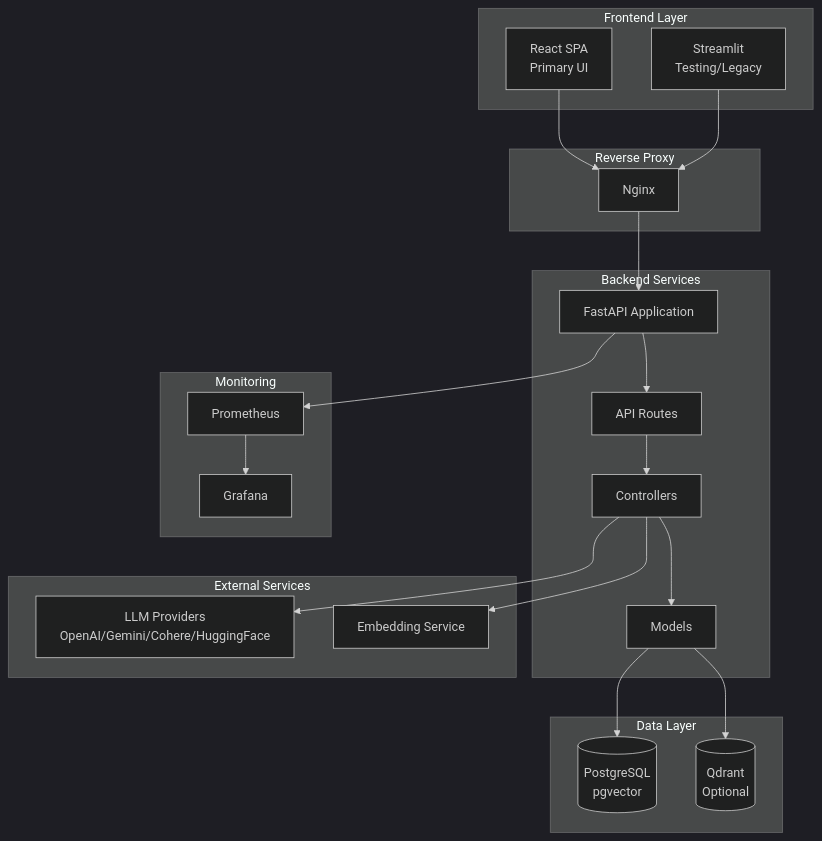
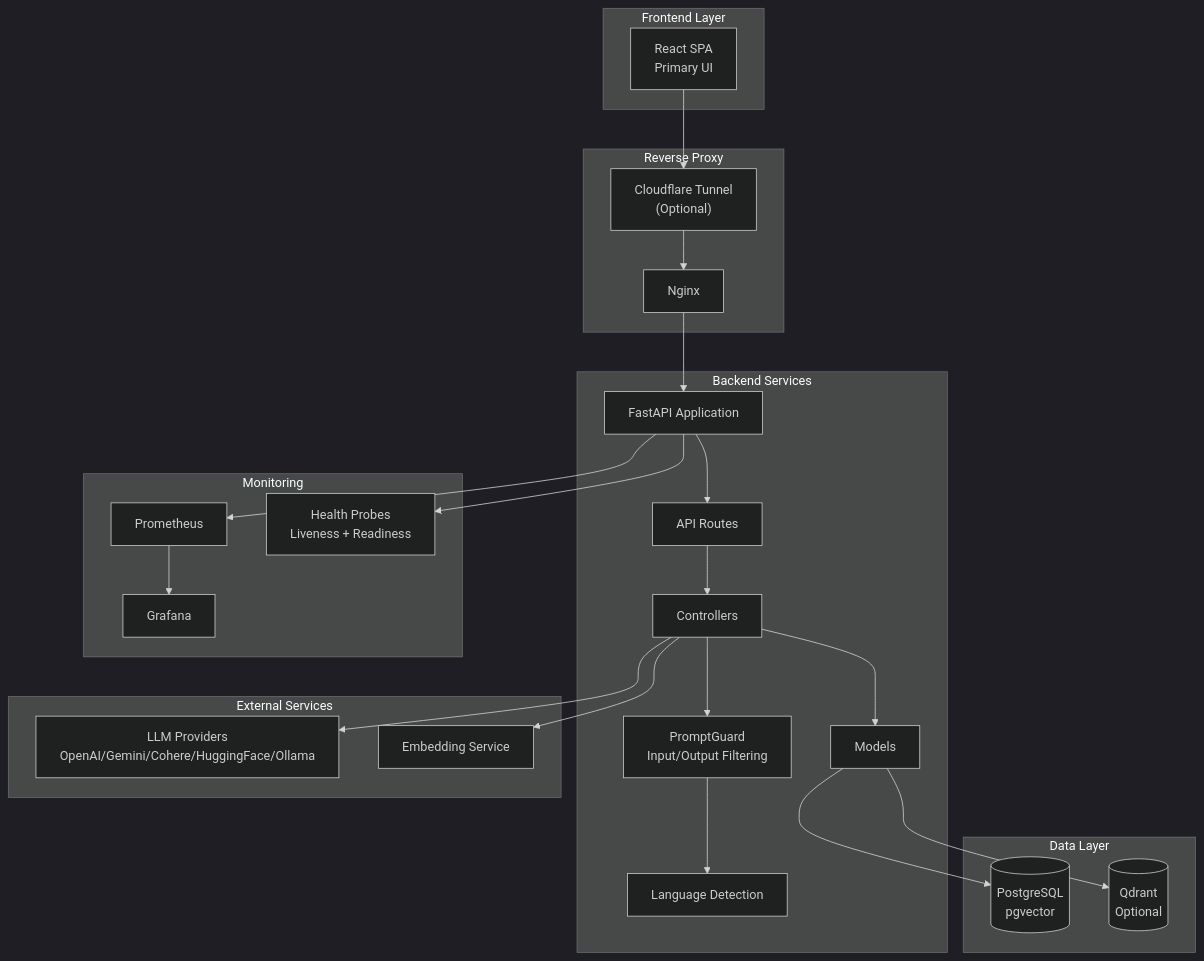
One commit to mohamedfathi540/Fehres-Scrapper changed the diagram in README.md. Above: the diagram before and after it, drawn with Mermaid (dark theme). The commit also changed other lines of this file and 3 other files, not shown here.

Commit message:
feat: enhance API documentation with health check endpoints and scraping progress details; update Docker README for clarity and mobile responsiveness

````diff
--- a/README.md
+++ b/README.md
@@ -18,46 +32,52 @@
 ```mermaid
 flowchart TB
     subgraph Frontend["Frontend Layer"]
         React[React SPA<br/>Primary UI]
-        Streamlit[Streamlit<br/>Testing/Legacy]
     end
 
     subgraph Proxy["Reverse Proxy"]
         Nginx[Nginx]
+        CF["Cloudflare Tunnel<br/>(Optional)"]
     end
 
     subgraph Backend["Backend Services"]
         FastAPI[FastAPI Application]
         Routes[API Routes]
         Controllers[Controllers]
         Models[Models]
+        PromptGuard[PromptGuard<br/>Input/Output Filtering]
+        LangDetect[Language Detection]
     end
 
     subgraph Data["Data Layer"]
         PostgreSQL[(PostgreSQL<br/>pgvector)]
         Qdrant[(Qdrant<br/>Optional)]
     end
 
     subgraph External["External Services"]
-        LLM[LLM Providers<br/>OpenAI/Gemini/Cohere/HuggingFace]
+        LLM[LLM Providers<br/>OpenAI/Gemini/Cohere/HuggingFace/Ollama]
         Embeddings[Embedding Service]
     end
 
     subgraph Monitoring["Monitoring"]
         Prometheus[Prometheus]
         Grafana[Grafana]
+        HealthProbes[Health Probes<br/>Liveness + Readiness]
     end
 
-    React --> Nginx
-    Streamlit --> Nginx
+    React --> CF
+    CF --> Nginx
     Nginx --> FastAPI
     FastAPI --> Routes
     Routes --> Controllers
+    Controllers --> PromptGuard
+    PromptGuard --> LangDetect
     Controllers --> Models
     Models --> PostgreSQL
     Models --> Qdrant
     Controllers --> LLM
     Controllers --> Embeddings
     FastAPI --> Prometheus
     Prometheus --> Grafana
+    FastAPI --> HealthProbes
 ```
````
